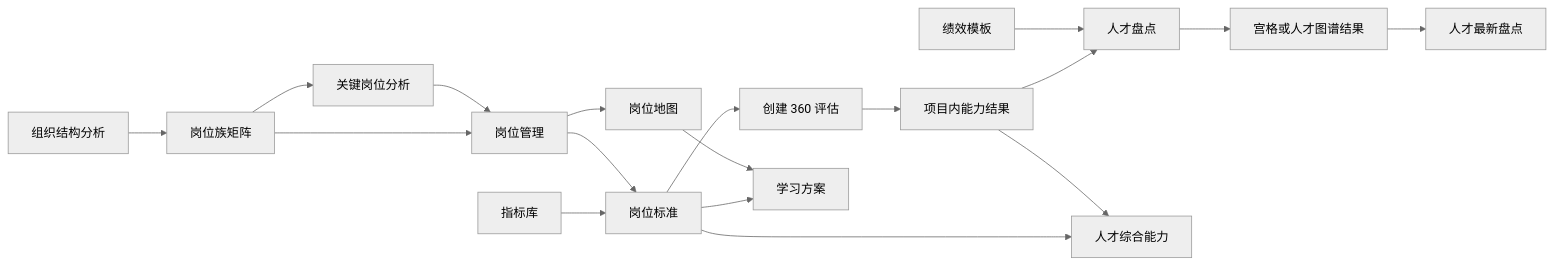
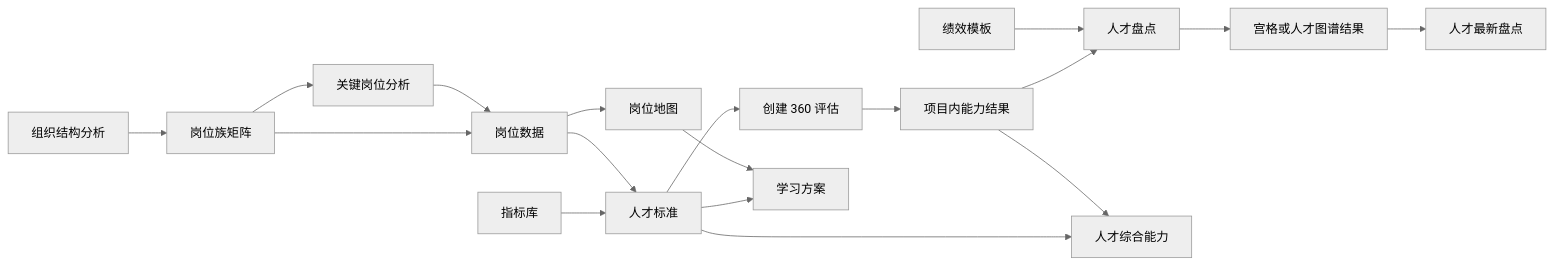
One commit to 6jinfu/zstd_amis changed the diagram in newprd/11_人才发展系统_当前版本PRD.md. Above: the diagram before and after it, drawn with Mermaid (neutral theme). The commit also changed other lines of this file and 44 other files, not shown here.

````diff
--- a/newprd/11_人才发展系统_当前版本PRD.md
+++ b/newprd/11_人才发展系统_当前版本PRD.md
@@ -121,20 +121,20 @@
 ```mermaid
 flowchart LR
     A[组织结构分析] --> B[岗位族矩阵]
     B --> C[关键岗位分析]
-    B --> D[岗位管理]
+    B --> D[岗位数据]
     C --> D
-    E[指标库] --> F[岗位标准]
+    E[指标库] --> F[人才标准]
     D --> F
     F --> G[创建 360 评估]
     G --> H[项目内能力结果]
     H --> I[人才盘点]
     J[绩效模板] --> I
     I --> K[宫格或人才图谱结果]
     F --> L[人才综合能力]
     H --> L
     K --> M[人才最新盘点]
     D --> N[岗位地图]
     F --> O[学习方案]
     N --> O
 ```
````
